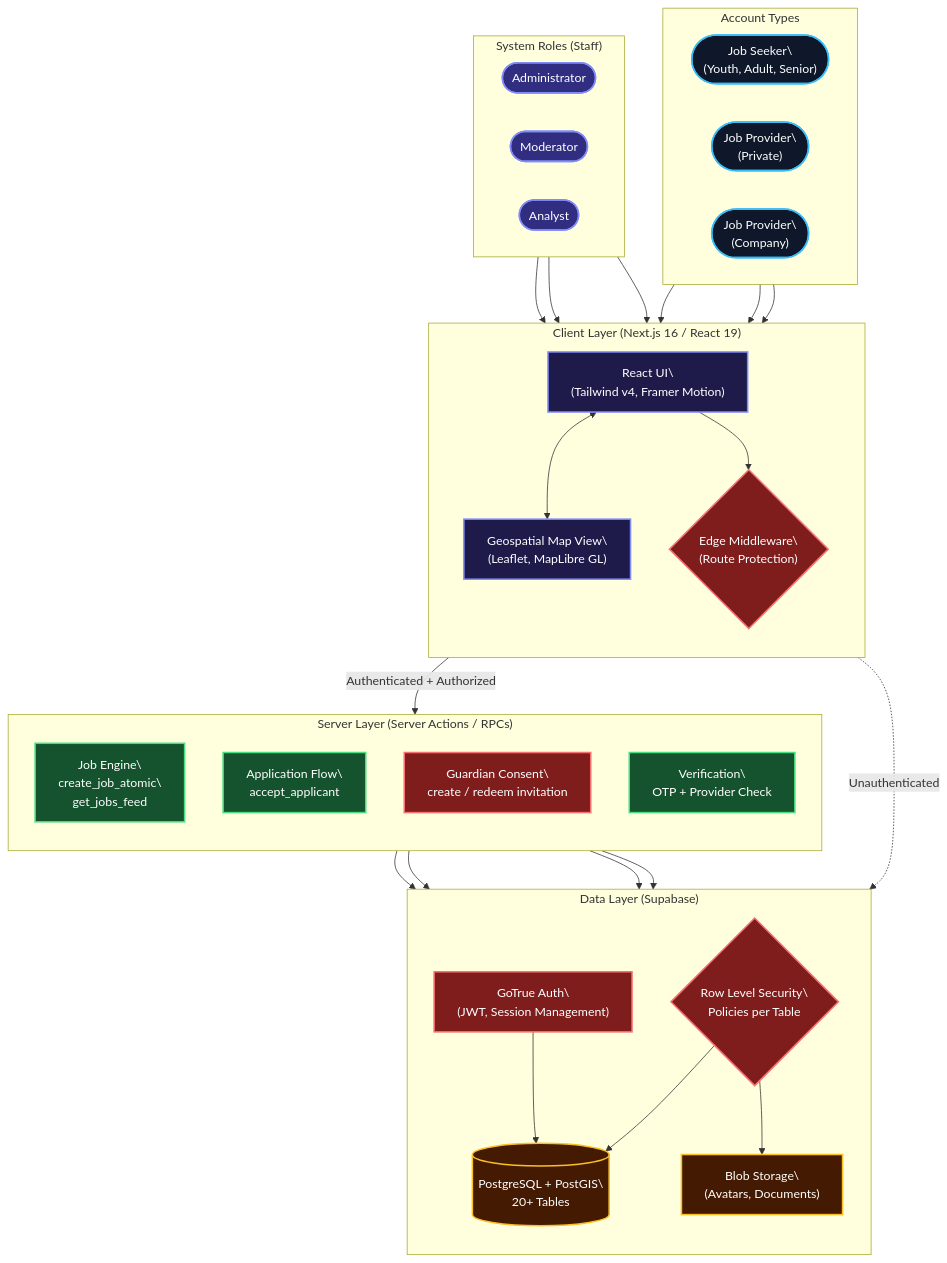
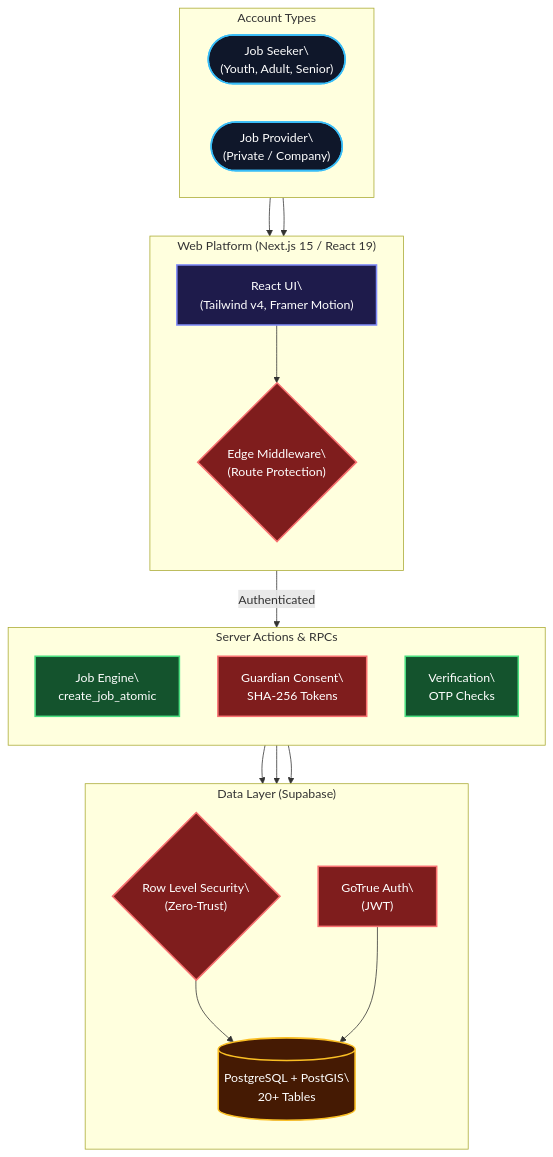
Before and after one commit to RAY-Group-eu/JobBridge: the second of 2 diagrams in README.md, drawn with Mermaid. The commit also changed other lines of this file and 1 other file, not shown here.

````diff
--- a/README.md
+++ b/README.md
@@ -23,67 +96,42 @@
 ```mermaid
 flowchart TB
     classDef account fill:#0f172a,stroke:#38bdf8,stroke-width:2px,color:#fff
     classDef role fill:#312e81,stroke:#818cf8,stroke-width:2px,color:#fff
     classDef frontend fill:#1e1b4b,stroke:#818cf8,stroke-width:2px,color:#fff
     classDef core fill:#14532d,stroke:#4ade80,stroke-width:2px,color:#fff
     classDef data fill:#451a03,stroke:#fbbf24,stroke-width:2px,color:#fff
     classDef security fill:#7f1d1d,stroke:#f87171,stroke-width:2px,color:#fff
 
     subgraph Accounts ["Account Types"]
         direction LR
         Seeker(["Job Seeker\\n(Youth, Adult, Senior)"]):::account
-        Private(["Job Provider\\n(Private)"]):::account
-        Company(["Job Provider\\n(Company)"]):::account
+        Provider(["Job Provider\\n(Private / Company)"]):::account
     end
 
-    subgraph Roles ["System Roles (Staff)"]
-        direction LR
-        Admin(["Administrator"]):::role
-        Moderator(["Moderator"]):::role
-        Analyst(["Analyst"]):::role
-    end
-
-    subgraph Client ["Client Layer (Next.js 16 / React 19)"]
+    subgraph Client ["Web Platform (Next.js 15 / React 19)"]
         direction TB
         UI["React UI\\n(Tailwind v4, Framer Motion)"]:::frontend
-        Geo["Geospatial Map View\\n(Leaflet, MapLibre GL)"]:::frontend
         Edge{"Edge Middleware\\n(Route Protection)"}:::security
     end
 
-    subgraph Server ["Server Layer (Server Actions / RPCs)"]
+    subgraph Server ["Server Actions & RPCs"]
         direction TB
-        Jobs["Job Engine\\ncreate_job_atomic\\nget_jobs_feed"]:::core
-        Apps["Application Flow\\naccept_applicant"]:::core
-        GuardianFlow["Guardian Consent\\ncreate / redeem invitation"]:::security
-        Verify["Verification\\nOTP + Provider Check"]:::core
+        Jobs["Job Engine\\ncreate_job_atomic"]:::core
+        GuardianFlow["Guardian Consent\\nSHA-256 Tokens"]:::security
+        Verify["Verification\\nOTP Checks"]:::core
     end
 
     subgraph Data ["Data Layer (Supabase)"]
         direction TB
-        Auth["GoTrue Auth\\n(JWT, Session Management)"]:::security
-        RLS{"Row Level Security\\nPolicies per Table"}:::security
+        Auth["GoTrue Auth\\n(JWT)"]:::security
+        RLS{"Row Level Security\\n(Zero-Trust)"}:::security
         DB[("PostgreSQL + PostGIS\\n20+ Tables")]:::data
-        Storage["Blob Storage\\n(Avatars, Documents)"]:::data
     end
 
-    Seeker --> UI
-    Private --> UI
-    Company --> UI
-    Admin --> UI
-    Moderator --> UI
-    Analyst --> UI
-
-    UI <--> Geo
+    Seeker & Provider --> UI
     UI --> Edge
-    Edge -->|"Authenticated + Authorized"| Server
-    Edge -.->|"Unauthenticated"| Auth
-
-    Jobs --> RLS
-    Apps --> RLS
-    GuardianFlow --> Auth
-    Verify --> Auth
-
+    Edge -->|"Authenticated"| Server
+    Jobs & GuardianFlow & Verify --> RLS
+    RLS --> DB
     Auth --> DB
-    RLS --> DB
-    RLS --> Storage
 ```
````
